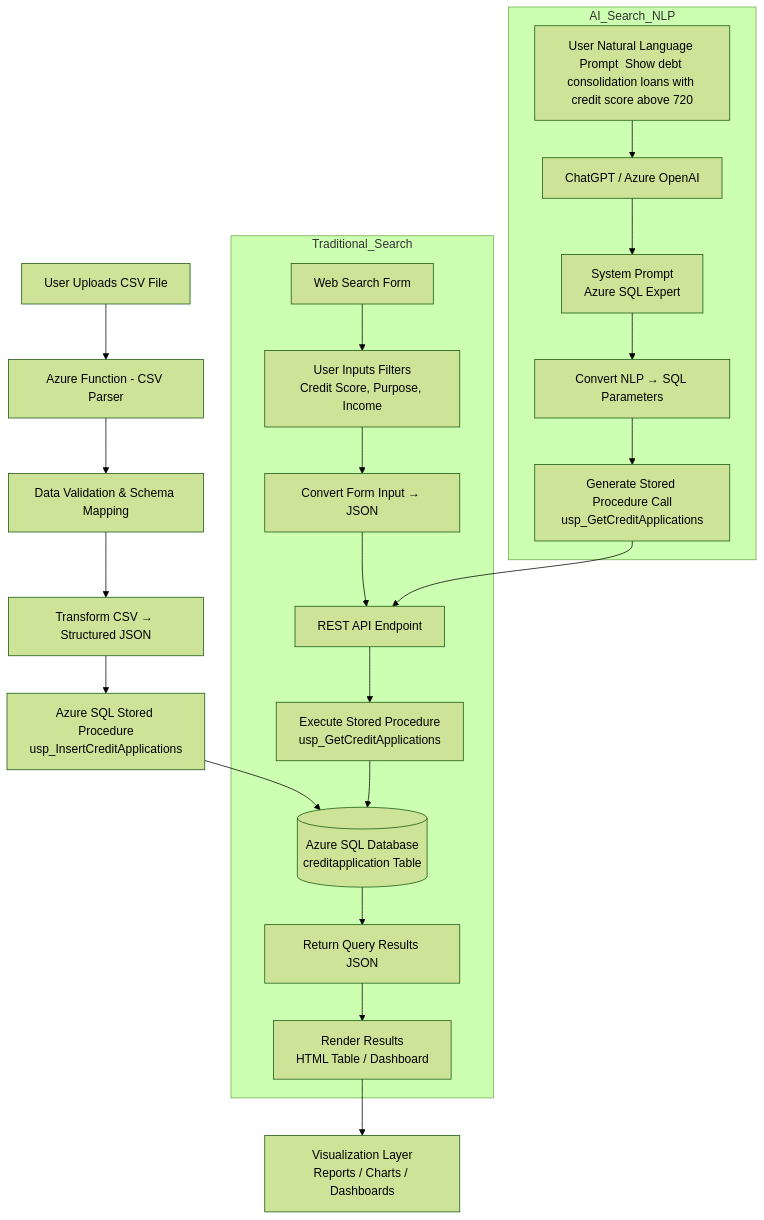
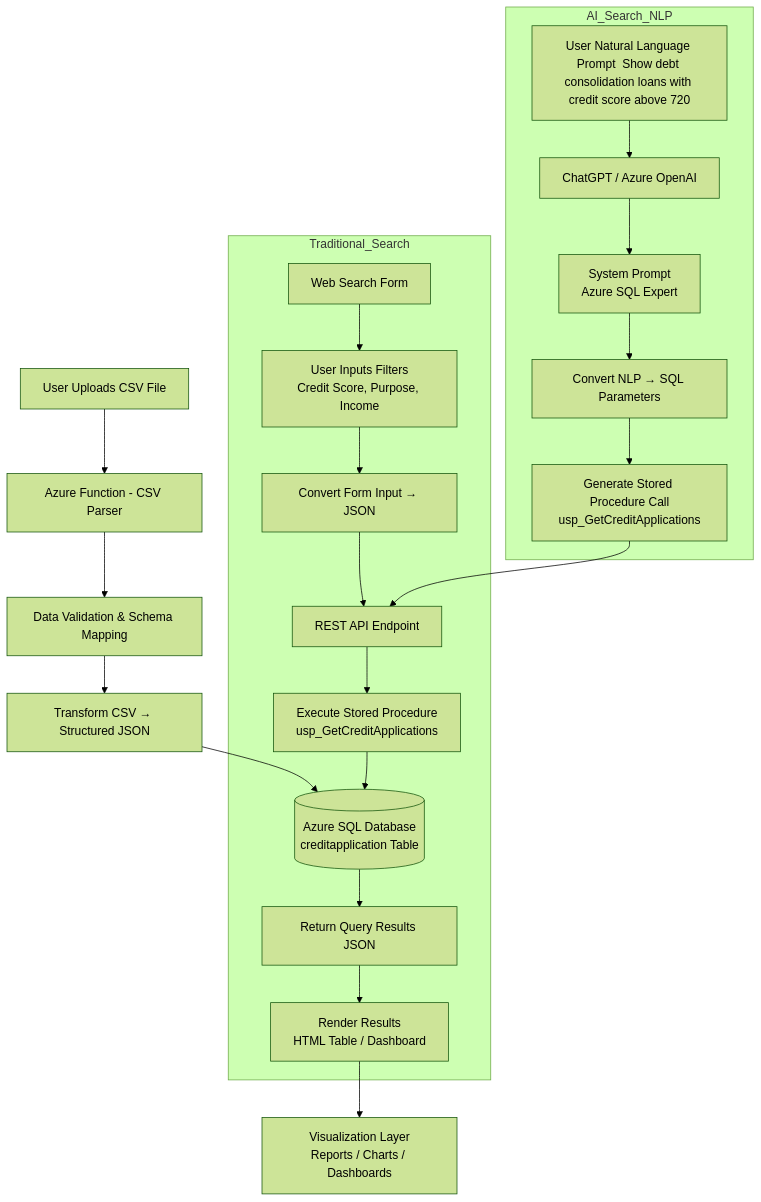
The first of 3 diagrams in README.md (oigbokwe73/CreditLoanApp), drawn with Mermaid (forest theme) before and after one commit.

Commit message:
Modify flow diagram for Azure SQL components
Updated the flow diagram to reflect changes in Azure SQL components.

````diff
--- a/README.md
+++ b/README.md
@@ -22,61 +22,59 @@
 ```mermaid
 flowchart TD
 
 %% =============================
 %% DATA INGESTION PIPELINE
 %% =============================
 
 A[User Uploads CSV File] --> B[Azure Function - CSV Parser]
 
 B --> C[Data Validation & Schema Mapping]
 
 C --> D[Transform CSV → Structured JSON]
 
-D --> E[Azure SQL Stored Procedure<br>usp_InsertCreditApplications]
-
-E --> F[(Azure SQL Database<br>creditapplication Table)]
+D --> F[(Azure SQL Database<br>creditapplication Table)]
 
 %% =============================
 %% TRADITIONAL SEARCH FLOW
 %% =============================
 
 subgraph Traditional_Search
 G[Web Search Form] --> H[User Inputs Filters<br>Credit Score, Purpose, Income]
 
 H --> I[Convert Form Input → JSON]
 
 I --> J[REST API Endpoint]
 
 J --> K[Execute Stored Procedure<br>usp_GetCreditApplications]
 
 K --> F
 
 F --> L[Return Query Results JSON]
 
 L --> M[Render Results<br>HTML Table / Dashboard]
 end
 
 %% =============================
 %% AI / NLP SEARCH FLOW
 %% =============================
 
 subgraph AI_Search_NLP
 N[User Natural Language Prompt  Show debt consolidation loans with credit score above 720]
 
 N --> O[ChatGPT / Azure OpenAI]
 
 O --> P[System Prompt<br>Azure SQL Expert]
 
 P --> Q[Convert NLP → SQL Parameters]
 
 Q --> R[Generate Stored Procedure Call<br>usp_GetCreditApplications]
 
 R --> J
 end
 
 %% =============================
 %% RESPONSE LAYER
 %% =============================
 
 M --> S[Visualization Layer<br>Reports / Charts / Dashboards]
 ```
````
